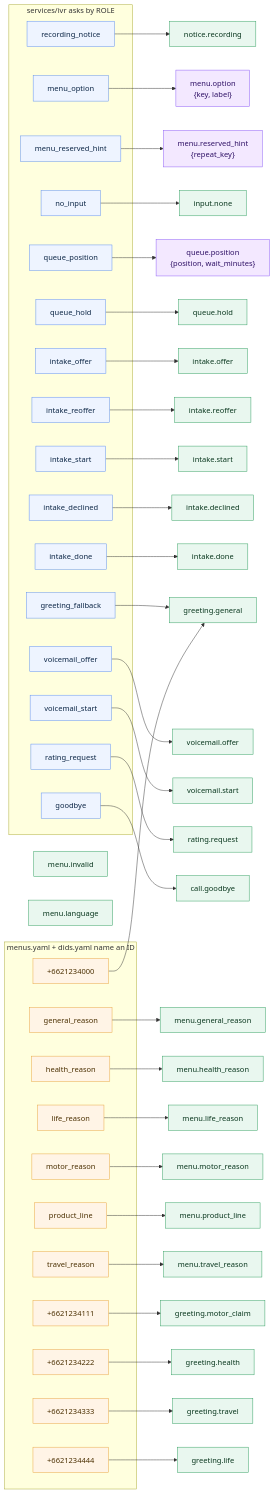
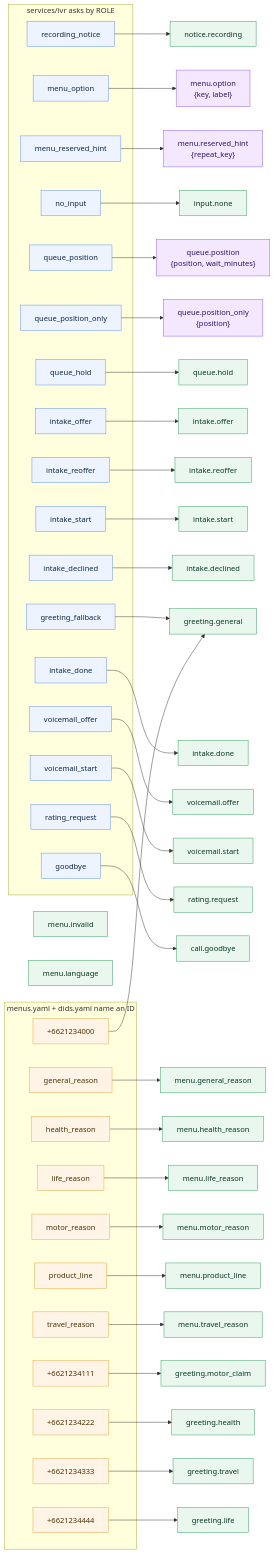
One commit to anakom-suvonvorn/Krungsri-ReadyCall changed the diagram in docs/diagrams/src/voice_prompts.mmd. Above: the diagram before and after it, drawn with Mermaid. The commit also changed 49 other files, not shown here.

```diff
--- a/docs/diagrams/src/voice_prompts.mmd
+++ b/docs/diagrams/src/voice_prompts.mmd
@@ -1,97 +1,101 @@
 %% GENERATED by scripts/gen_diagrams.py - do not edit by hand.
 %% Source of truth: config/voice_prompts.yaml + config/menus.yaml + config/dids.yaml
 flowchart LR
     subgraph flow["services/ivr asks by ROLE"]
         role_greeting_fallback["greeting_fallback"]:::role
         role_recording_notice["recording_notice"]:::role
         role_menu_option["menu_option"]:::role
         role_menu_reserved_hint["menu_reserved_hint"]:::role
         role_no_input["no_input"]:::role
         role_queue_position["queue_position"]:::role
+        role_queue_position_only["queue_position_only"]:::role
         role_queue_hold["queue_hold"]:::role
         role_intake_offer["intake_offer"]:::role
         role_intake_reoffer["intake_reoffer"]:::role
         role_intake_start["intake_start"]:::role
         role_intake_declined["intake_declined"]:::role
         role_intake_done["intake_done"]:::role
         role_voicemail_offer["voicemail_offer"]:::role
         role_voicemail_start["voicemail_start"]:::role
         role_rating_request["rating_request"]:::role
         role_goodbye["goodbye"]:::role
     end
     subgraph cfg["menus.yaml + dids.yaml name an ID"]
         menu_general_reason["general_reason"]:::cfg
         menu_health_reason["health_reason"]:::cfg
         menu_life_reason["life_reason"]:::cfg
         menu_motor_reason["motor_reason"]:::cfg
         menu_product_line["product_line"]:::cfg
         menu_travel_reason["travel_reason"]:::cfg
         did_p6621234000["+6621234000"]:::cfg
         did_p6621234111["+6621234111"]:::cfg
         did_p6621234222["+6621234222"]:::cfg
         did_p6621234333["+6621234333"]:::cfg
         did_p6621234444["+6621234444"]:::cfg
     end
     p_call_goodbye["call.goodbye"]:::static
     p_greeting_general["greeting.general"]:::static
     p_greeting_health["greeting.health"]:::static
     p_greeting_life["greeting.life"]:::static
     p_greeting_motor_claim["greeting.motor_claim"]:::static
     p_greeting_travel["greeting.travel"]:::static
     p_input_none["input.none"]:::static
     p_intake_declined["intake.declined"]:::static
     p_intake_done["intake.done"]:::static
     p_intake_offer["intake.offer"]:::static
     p_intake_reoffer["intake.reoffer"]:::static
     p_intake_start["intake.start"]:::static
     p_menu_general_reason["menu.general_reason"]:::static
     p_menu_health_reason["menu.health_reason"]:::static
     p_menu_invalid["menu.invalid"]:::static
     p_menu_language["menu.language"]:::static
     p_menu_life_reason["menu.life_reason"]:::static
     p_menu_motor_reason["menu.motor_reason"]:::static
     p_menu_option["menu.option
 {key, label}"]:::dyn
     p_menu_product_line["menu.product_line"]:::static
     p_menu_reserved_hint["menu.reserved_hint
 {repeat_key}"]:::dyn
     p_menu_travel_reason["menu.travel_reason"]:::static
     p_notice_recording["notice.recording"]:::static
     p_queue_hold["queue.hold"]:::static
     p_queue_position["queue.position
 {position, wait_minutes}"]:::dyn
+    p_queue_position_only["queue.position_only
+{position}"]:::dyn
     p_rating_request["rating.request"]:::static
     p_voicemail_offer["voicemail.offer"]:::static
     p_voicemail_start["voicemail.start"]:::static
     role_goodbye --> p_call_goodbye
     role_greeting_fallback --> p_greeting_general
     role_intake_declined --> p_intake_declined
     role_intake_done --> p_intake_done
     role_intake_offer --> p_intake_offer
     role_intake_reoffer --> p_intake_reoffer
     role_intake_start --> p_intake_start
     role_menu_option --> p_menu_option
     role_menu_reserved_hint --> p_menu_reserved_hint
     role_no_input --> p_input_none
     role_queue_hold --> p_queue_hold
     role_queue_position --> p_queue_position
+    role_queue_position_only --> p_queue_position_only
     role_rating_request --> p_rating_request
     role_recording_notice --> p_notice_recording
     role_voicemail_offer --> p_voicemail_offer
     role_voicemail_start --> p_voicemail_start
     menu_general_reason --> p_menu_general_reason
     menu_health_reason --> p_menu_health_reason
     menu_life_reason --> p_menu_life_reason
     menu_motor_reason --> p_menu_motor_reason
     menu_product_line --> p_menu_product_line
     menu_travel_reason --> p_menu_travel_reason
     did_p6621234000 --> p_greeting_general
     did_p6621234111 --> p_greeting_motor_claim
     did_p6621234222 --> p_greeting_health
     did_p6621234333 --> p_greeting_travel
     did_p6621234444 --> p_greeting_life
     classDef role fill:#eef4ff,stroke:#5b8def,color:#0b2545
     classDef cfg fill:#fff4e6,stroke:#e8a33d,color:#4a2f00
     classDef static fill:#e9f7ef,stroke:#2f9e5f,color:#08361d
     classDef dyn fill:#f3e8ff,stroke:#8b5cf6,color:#2e1065
     classDef orphan fill:#ffe4e6,stroke:#e11d48,color:#4c0519
```
